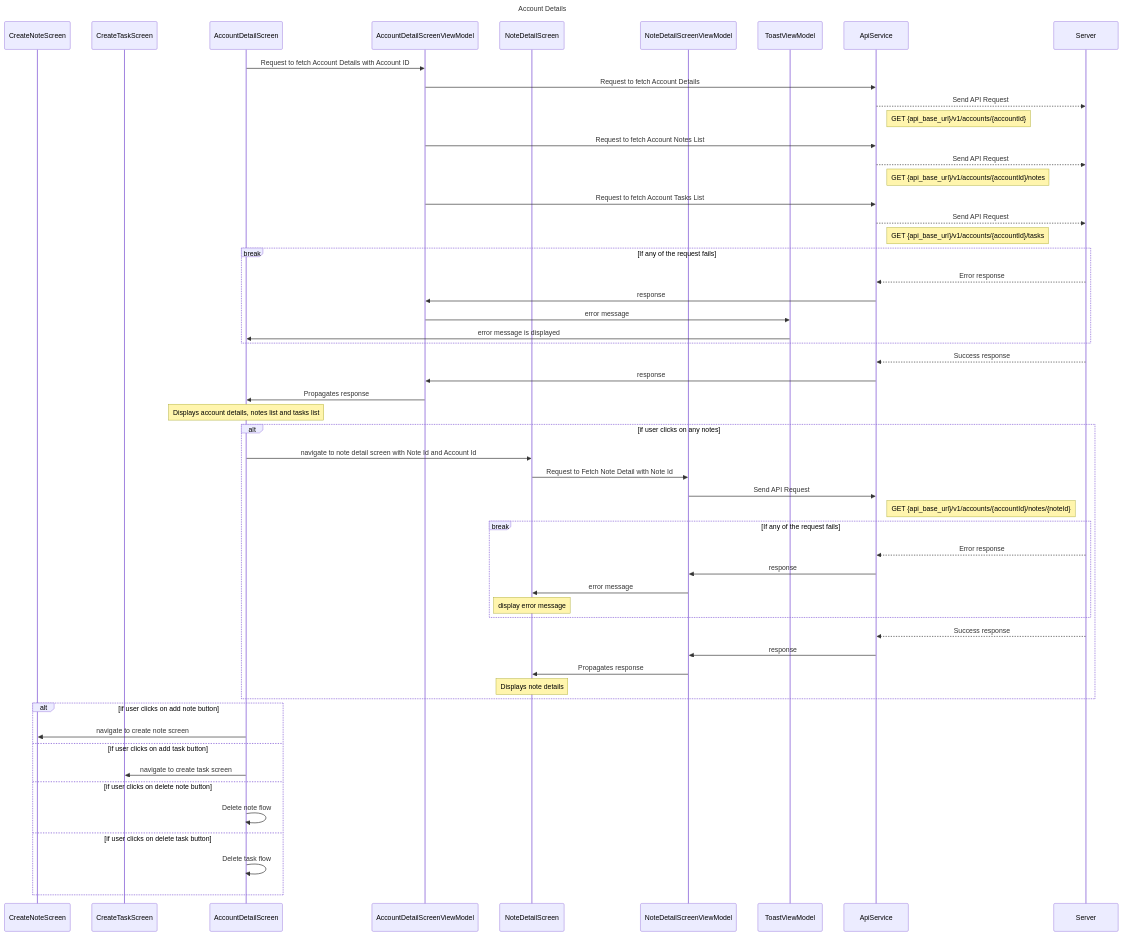
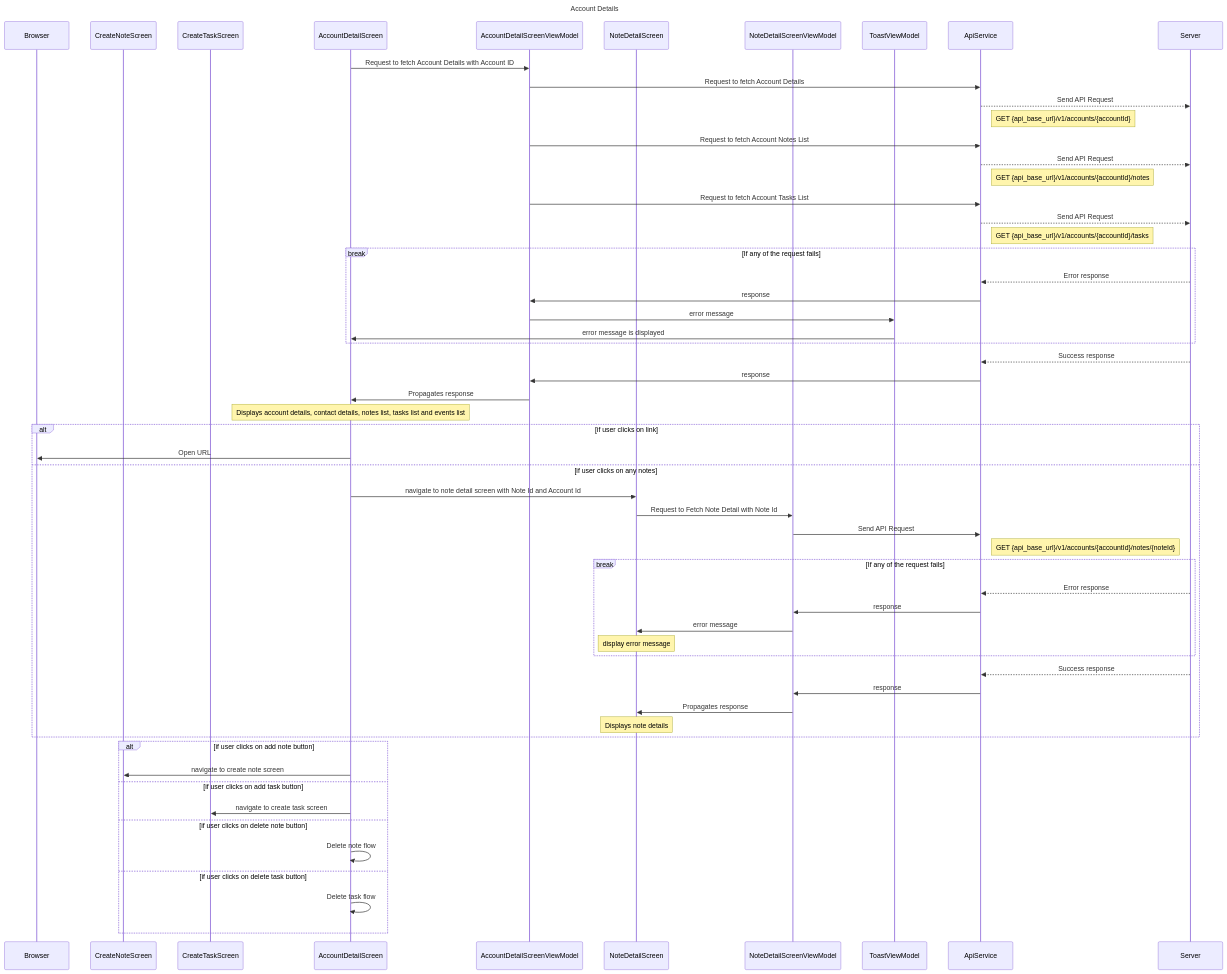
Before and after one commit to TrueSparrowSystems/AI-SalesSparrow-Docs: the diagram in flowDiagrams/IOS/AccountDetailScreen.mermaid, drawn with Mermaid.

Commit message:
Updated account detail screen iOS flow

```diff
--- a/flowDiagrams/IOS/AccountDetailScreen.mermaid
+++ b/flowDiagrams/IOS/AccountDetailScreen.mermaid
@@ -1,68 +1,70 @@
 sequenceDiagram
     title Account Details
 
+    participant B as Browser
     participant CNS as CreateNoteScreen
     participant CTS as CreateTaskScreen
     participant ADS as AccountDetailScreen
     participant ADSVM as AccountDetailScreenViewModel
     participant NDS as NoteDetailScreen
     participant NDSVM as NoteDetailScreenViewModel
     participant TVM as ToastViewModel
     participant AS as ApiService
     participant S as Server
 
 
     ADS->>ADSVM: Request to fetch Account Details with Account ID
     ADSVM->>AS: Request to fetch Account Details
     AS-->>S: Send API Request
     note right of AS: GET {api_base_url}/v1/accounts/{accountId}
     ADSVM->>AS: Request to fetch Account Notes List
     AS-->>S: Send API Request
     note right of AS: GET {api_base_url}/v1/accounts/{accountId}/notes
     ADSVM->>AS: Request to fetch Account Tasks List
     AS-->>S: Send API Request
     note right of AS: GET {api_base_url}/v1/accounts/{accountId}/tasks
     
 
     break If any of the request fails
         S-->>AS: Error response
         AS->>ADSVM: response
         ADSVM->>TVM: error message
         TVM->>ADS: error message is displayed
     end
     
     S-->>AS: Success response
     AS->>ADSVM: response
     ADSVM->>ADS: Propagates response
-    note over ADS: Displays account details, notes list and tasks list
-
-    alt if user clicks on any notes 
+    note over ADS: Displays account details, contact details, notes list, tasks list and events list
+    alt if user clicks on link
+        ADS ->> B: Open URL
+    else if user clicks on any notes 
         ADS ->> NDS: navigate to note detail screen with Note Id and Account Id
         NDS ->> NDSVM: Request to Fetch Note Detail with Note Id
         NDSVM ->> AS: Send API Request
         note right of AS: GET {api_base_url}/v1/accounts/{accountId}/notes/{noteId}
 
         break If any of the request fails
             S-->>AS: Error response
             AS->>NDSVM: response
             NDSVM->>NDS: error message
             note over NDS: display error message
 
         end
 
         S-->>AS: Success response
         AS->>NDSVM: response
         NDSVM->>NDS: Propagates response
         note over NDS: Displays note details
 
     end
 
     alt if user clicks on add note button
         ADS ->> CNS: navigate to create note screen
     else if user clicks on add task button
         ADS ->> CTS: navigate to create task screen
     else if user clicks on delete note button
         ADS->>ADS: Delete note flow
     else if user clicks on delete task button
         ADS->>ADS: Delete task flow
     end
```
